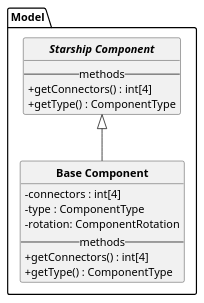
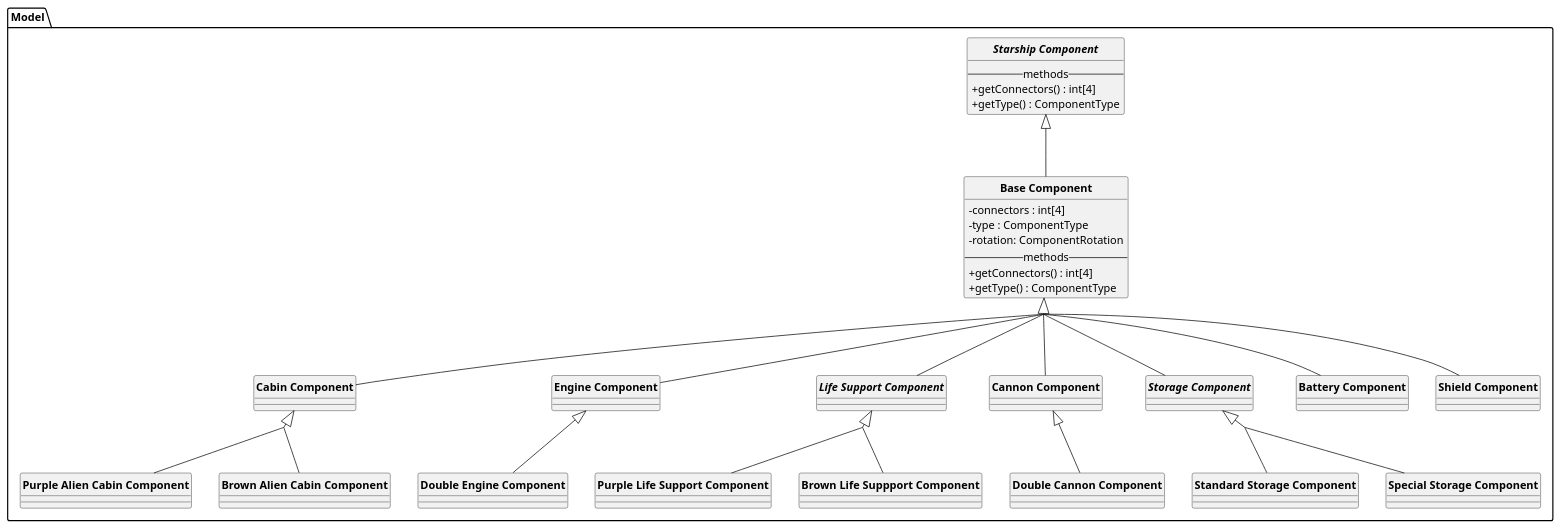
The diagram in classdiagrams.puml (teoscura/ing-sw-2025-ponzo-romano-sarto-scuratti), drawn with PlantUML before and after one commit.

Commit message:
Established component UML specification skeleton, to be updated with correct methods, variables and infrastructure for it to compose a valid and functional verification interface

```diff
--- a/classdiagrams.puml
+++ b/classdiagrams.puml
@@ -1,27 +1,87 @@
 @startuml style
 ''Style config
 hide circle
 skinparam classFontStyle bold
 skinparam groupInheritance 2
 set separator ::
 skinparam classAttributeIconSize 0
 
 ''Class declaration
 interface Model::iSC as "Starship Component"{
     --methods--
     {method} +getConnectors() : int[4]
     {method} +getType() : ComponentType
 }
 
 class Model::SC as "Base Component" {
     {field} -connectors : int[4]
     {field} -type : ComponentType
     {field} -rotation: ComponentRotation
     --methods--
     {method} +getConnectors() : int[4]
     {method} +getType() : ComponentType
 }
 
+class Model::CBC as "Cabin Component" {
+}
+
+class Model::PCC as "Purple Alien Cabin Component" {
+}
+
+class Model::BCC as "Brown Alien Cabin Component" {
+}
+
+class Model::EC as "Engine Component" {
+}
+
+class Model::BEC as "Double Engine Component" {
+}
+
+abstract Model::ASC as "Life Support Component" {
+}
+
+class Model::PLSC as "Purple Life Support Component" {
+}
+
+class Model::BLSC as "Brown Life Suppport Component" {
+}
+
+class Model::CNC as "Cannon Component"{
+}
+
+class Model::DAC as "Double Cannon Component" {
+}
+
+abstract Model::STC as "Storage Component" {
+}
+
+class Model::STDSTC as "Standard Storage Component" {
+}
+
+class Model::SPCSTC as "Special Storage Component" {
+}
+
+class Model::BC as "Battery Component" {
+}
+
+class Model::SHC as "Shield Component" {
+}
+
 ''Relations between classes
 iSC^--SC
+SC^--CBC
+CBC^--PCC
+CBC^--BCC
+SC^--EC
+EC^--BEC
+SC^--ASC
+ASC^--PLSC
+ASC^--BLSC
+SC^--CNC
+CNC^--Model::DAC
+SC^--BC
+SC^--STC
+STC^--Model::STDSTC
+STC^--Model::SPCSTC
+SC^--SHC
 @enduml
```
